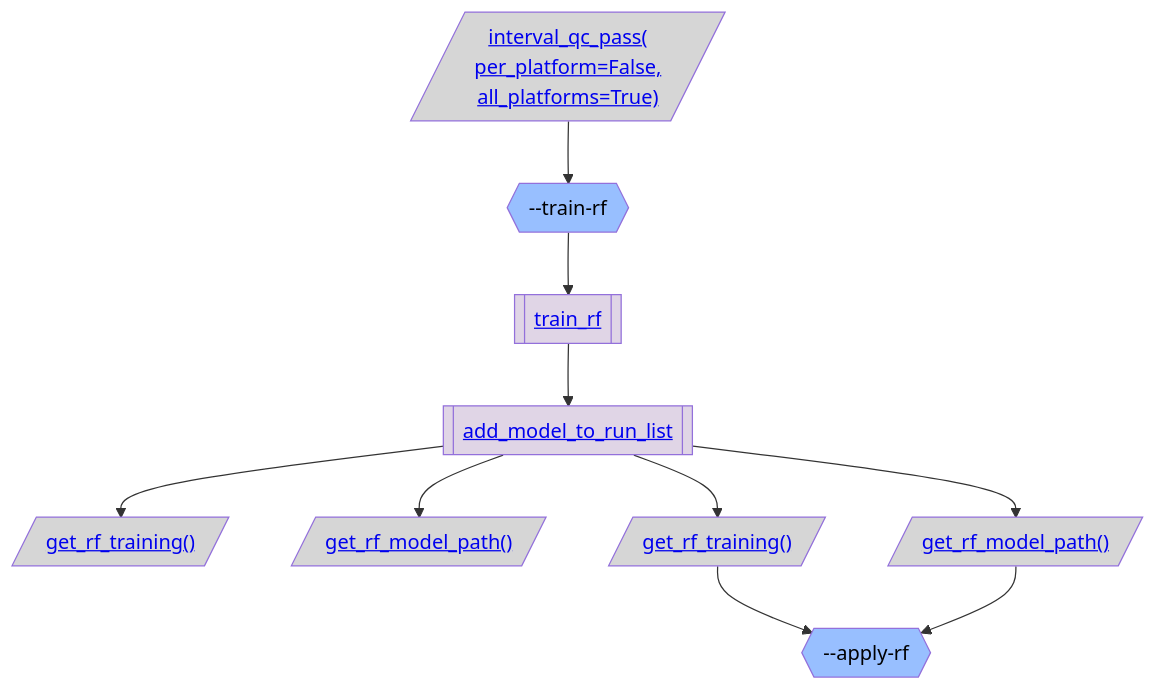
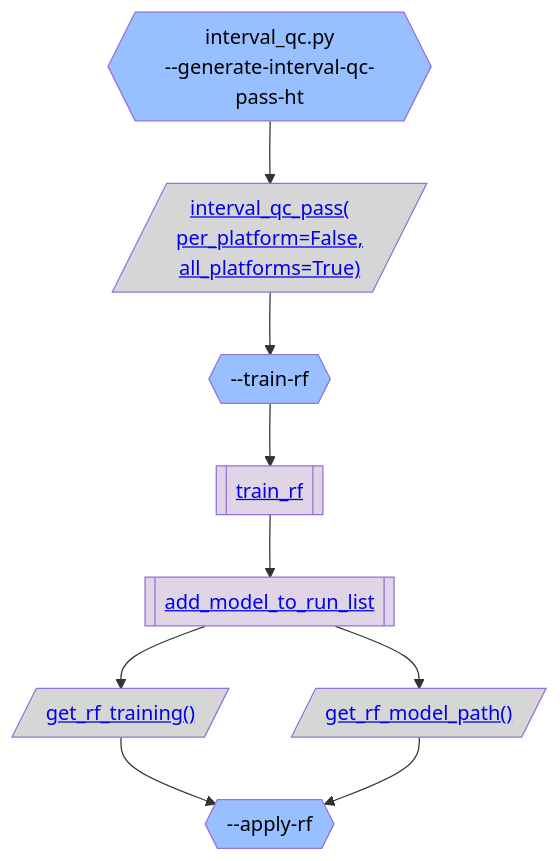
Before and after one commit to broadinstitute/gnomad_qc: the second of 5 diagrams in gnomad_qc/v4/variant_qc/README.md, drawn with Mermaid. The commit also changed other lines of this file and 13 other files, not shown here.

Commit message:
Add Pipeline resources for all that are missing

````diff
--- a/gnomad_qc/v4/variant_qc/README.md
+++ b/gnomad_qc/v4/variant_qc/README.md
@@ -119,31 +110,30 @@
 ```mermaid
 flowchart TB;
   classDef script_color fill:#2C5D4A,color:#000000
   classDef step_color fill:#98BFFF,color:#000000
   classDef func_color fill:#E0D5E6,color:#000000
   classDef gnomad_methods_color fill:#F9F2CE,color:#000000
   classDef hail_color fill:#FAEACE,color:#000000
   classDef resource_color fill:#D6D6D6,color:#000000
   classDef validity_check_color fill:#2C5D4A,color:#000000
 
-  resource_interval_qc_pass_per_platform_False_all_platforms_True[/"<a href='https://github.com/broadinstitute/gnomad_qc/tree/main/gnomad_qc/v4/resources/sample_qc.py#L306'>interval_qc_pass(
+  step_generate_interval_qc_pass_ht{{"interval_qc.py
+--generate-interval-qc-pass-ht"}}:::step_color;
+  resource_interval_qc_pass_per_platform_False_all_platforms_True[/"<a href='https://github.com/broadinstitute/gnomad_qc/tree/main/gnomad_qc/v4/resources/sample_qc.py#L395'>interval_qc_pass(
 per_platform=False,
 all_platforms=True)</a>"/]:::resource_color;
   step_train_rf{{"--train-rf"}}:::step_color;
   func_train_rf[["<a href='https://github.com/broadinstitute/gnomad_qc/tree/main/gnomad_qc/v4/variant_qc/random_forest.py#L57'>train_rf</a>"]]:::func_color;
   func_add_model_to_run_list[["<a href='https://github.com/broadinstitute/gnomad_qc/tree/main/gnomad_qc/v4/variant_qc/random_forest.py#L172'>add_model_to_run_list</a>"]]:::func_color;
-  get_rf_training_[/"<a href='https://github.com/broadinstitute/gnomad_qc/tree/main/gnomad_qc/v4/resources/variant_qc.py#L238'>get_rf_training()</a>"/]:::resource_color;
-  get_rf_model_path_[/"<a href='https://github.com/broadinstitute/gnomad_qc/tree/main/gnomad_qc/v4/resources/variant_qc.py#L222'>get_rf_model_path()</a>"/]:::resource_color;
-  resource_get_rf_training_[/"<a href='https://github.com/broadinstitute/gnomad_qc/tree/main/gnomad_qc/v4/resources/variant_qc.py#L238'>get_rf_training()</a>"/]:::resource_color;
+  resource_get_rf_model_path[/"<a href='https://github.com/broadinstitute/gnomad_qc/tree/main/gnomad_qc/v4/resources/variant_qc.py#L222'>get_rf_model_path()</a>"/]:::resource_color;
+  resource_get_rf_training[/"<a href='https://github.com/broadinstitute/gnomad_qc/tree/main/gnomad_qc/v4/resources/variant_qc.py#L238'>get_rf_training()</a>"/]:::resource_color;
   step_apply_rf{{"--apply-rf"}}:::step_color;
-  resource_get_rf_model_path_[/"<a href='https://github.com/broadinstitute/gnomad_qc/tree/main/gnomad_qc/v4/resources/variant_qc.py#L222'>get_rf_model_path()</a>"/]:::resource_color;
+  step_generate_interval_qc_pass_ht --> resource_interval_qc_pass_per_platform_False_all_platforms_True;
   resource_interval_qc_pass_per_platform_False_all_platforms_True --> step_train_rf;
   step_train_rf --> func_train_rf;
   func_train_rf --> func_add_model_to_run_list;
-  func_add_model_to_run_list --> get_rf_training_;
-  func_add_model_to_run_list --> get_rf_model_path_;
-  func_add_model_to_run_list --> resource_get_rf_training_;
-  resource_get_rf_training_ --> step_apply_rf;
-  func_add_model_to_run_list --> resource_get_rf_model_path_;
-  resource_get_rf_model_path_ --> step_apply_rf;
+  func_add_model_to_run_list --> resource_get_rf_model_path;
+  func_add_model_to_run_list --> resource_get_rf_training;
+  resource_get_rf_training --> step_apply_rf;
+  resource_get_rf_model_path --> step_apply_rf;
 ```
````
